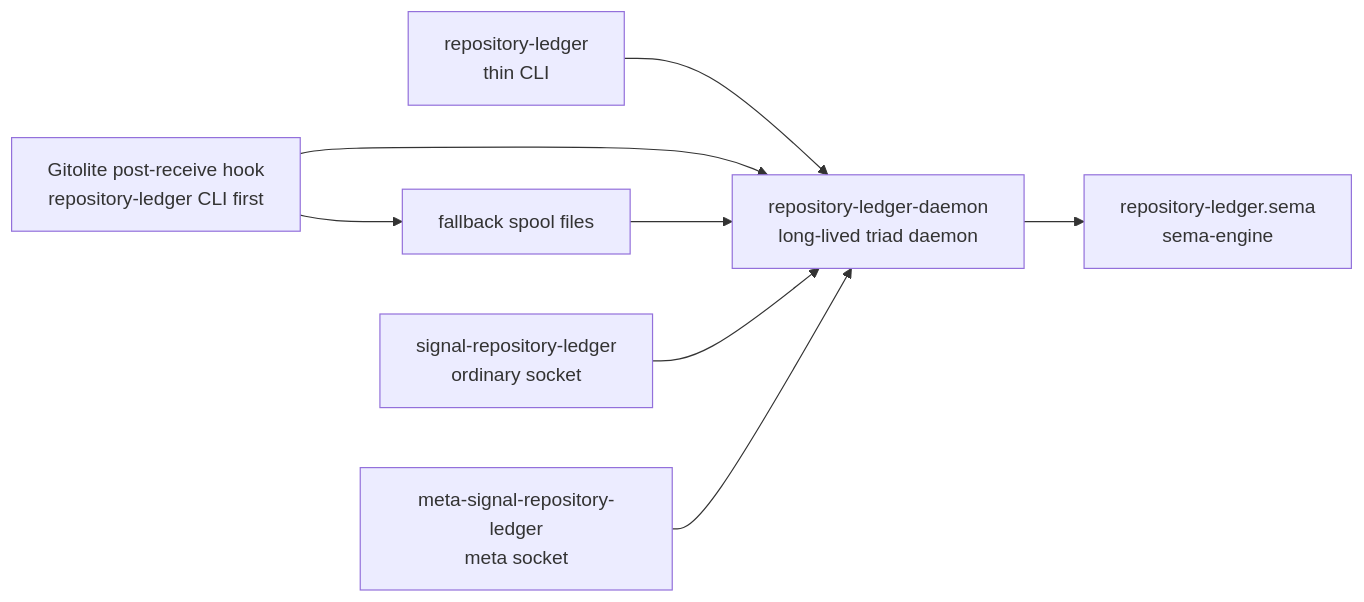
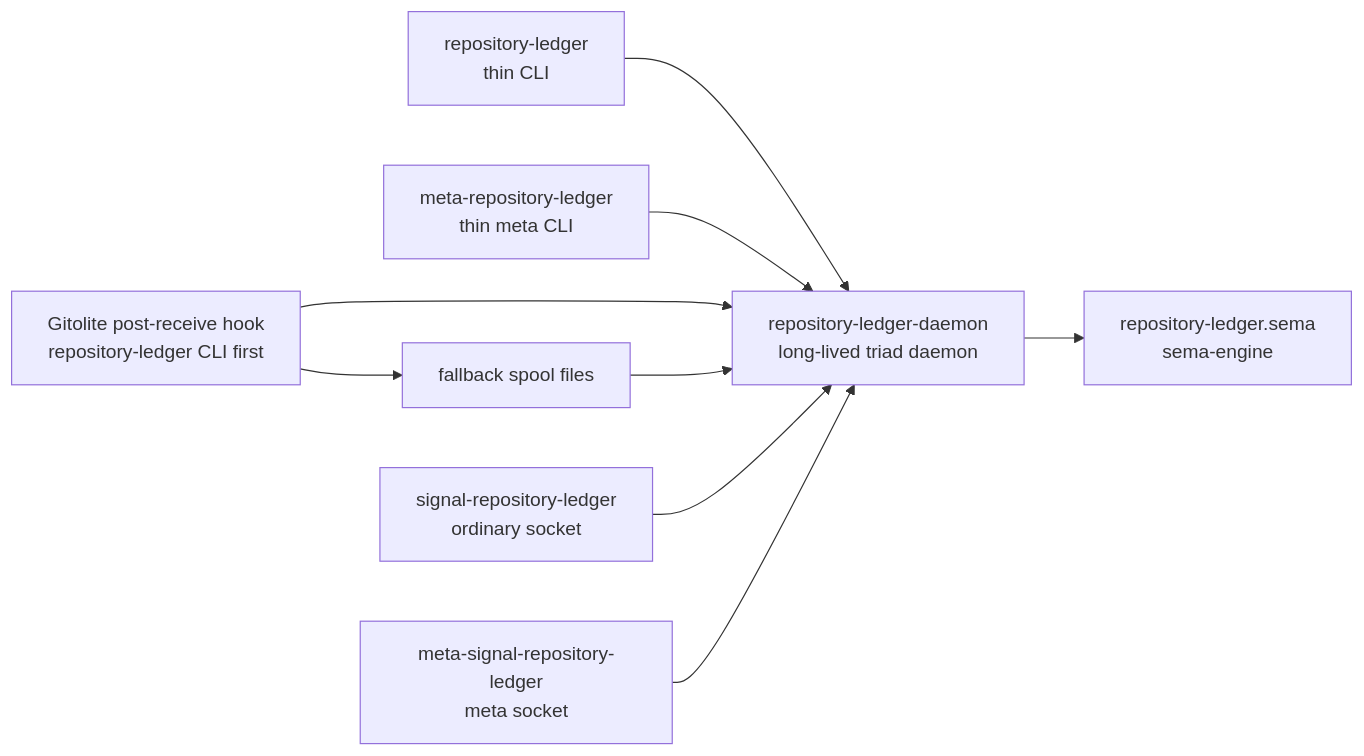
Before and after one commit to LiGoldragon/repository-ledger: the first of 2 diagrams in ARCHITECTURE.md, drawn with Mermaid. The commit also changed other lines of this file and 13 other files, not shown here.

Commit message:
repository-ledger: split ordinary and meta signal cli clients

````diff
--- a/ARCHITECTURE.md
+++ b/ARCHITECTURE.md
@@ -15,18 +16,20 @@
 ```mermaid
 flowchart LR
     cli["repository-ledger<br/>thin CLI"]
+    metacli["meta-repository-ledger<br/>thin meta CLI"]
     daemon["repository-ledger-daemon<br/>long-lived triad daemon"]
     ordinary["signal-repository-ledger<br/>ordinary socket"]
     meta["meta-signal-repository-ledger<br/>meta socket"]
     store["repository-ledger.sema<br/>sema-engine"]
     gitolite["Gitolite post-receive hook<br/>repository-ledger CLI first"]
     spool["fallback spool files"]
 
     cli --> daemon
+    metacli --> daemon
     gitolite --> daemon
     gitolite --> spool
     spool --> daemon
     ordinary --> daemon
     meta --> daemon
     daemon --> store
 ```
````
